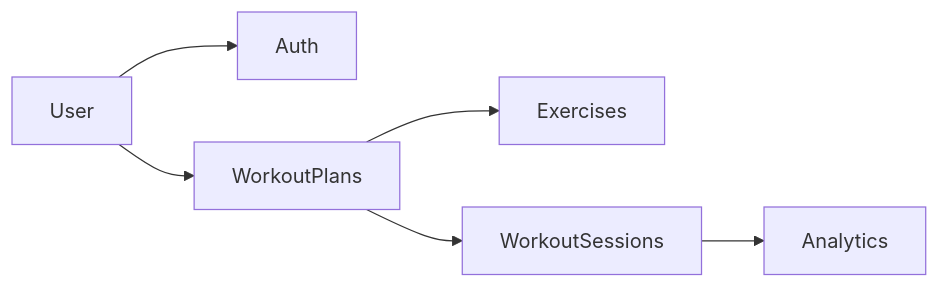
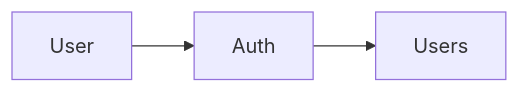
Before and after one commit to evdmatvey/muscle-boost-backend: the diagram in README.md, drawn with Mermaid. The commit also changed other lines of this file and 67 other files, not shown here.

````diff
--- a/README.md
+++ b/README.md
@@ -23,8 +31,5 @@
 ```mermaid
 flowchart LR
   User --> Auth
-  User --> WorkoutPlans
-  WorkoutPlans --> Exercises
-  WorkoutPlans --> WorkoutSessions
-  WorkoutSessions --> Analytics
+  Auth --> Users
 ```
````
